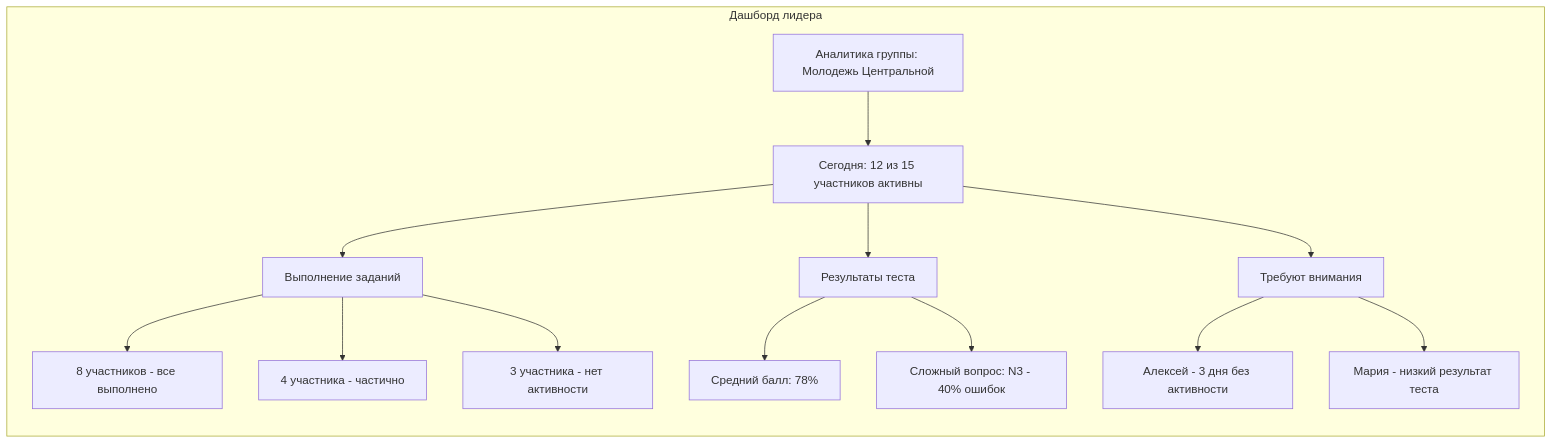
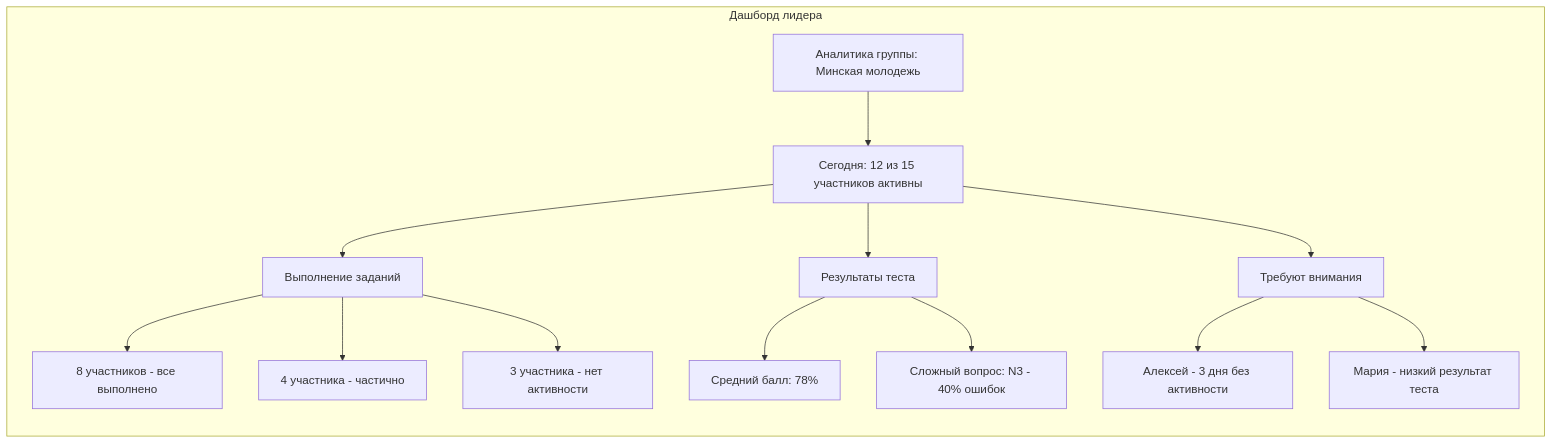
Diagram 20 of 23 in document_for_customer_ru.md (stallev/public_bible_studies_docs), drawn with Mermaid before and after one commit. The commit also changed other lines of this file, not shown here.

Commit message:
added flow diagrams4

````diff
--- a/document_for_customer_ru.md
+++ b/document_for_customer_ru.md
@@ -707,21 +707,21 @@
 ```mermaid
 flowchart TD
     subgraph analytics [Дашборд лидера]
         direction TB
-        Header["Аналитика группы: Молодежь Центральной"]
+        Header["Аналитика группы: Минская молодежь"]
         Header --> Summary["Сегодня: 12 из 15 участников активны"]
 
         Summary --> Block1["Выполнение заданий"]
         Block1 --> Green["8 участников - все выполнено"]
         Block1 --> Yellow["4 участника - частично"]
         Block1 --> Red["3 участника - нет активности"]
 
         Summary --> Block2["Результаты теста"]
         Block2 --> AvgScore["Средний балл: 78%"]
         Block2 --> HardQ["Сложный вопрос: N3 - 40% ошибок"]
 
         Summary --> Block3["Требуют внимания"]
         Block3 --> Stud1["Алексей - 3 дня без активности"]
         Block3 --> Stud2["Мария - низкий результат теста"]
     end
 ```
````
